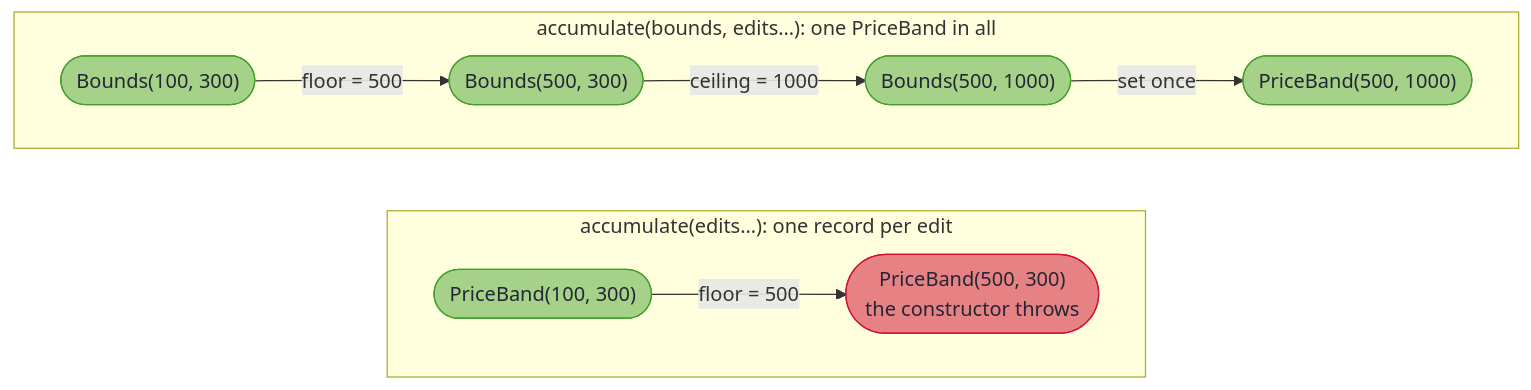
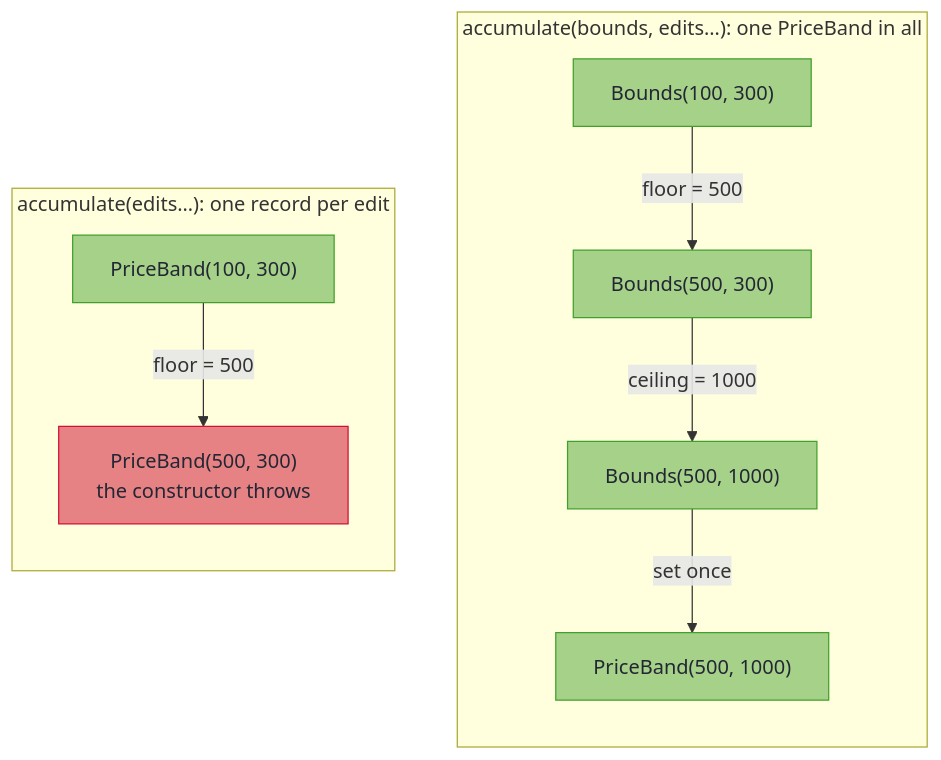
The fourth of 4 diagrams in hkj-book/src/optics/multi_edit.md (higher-kinded-j/higher-kinded-j), drawn with Mermaid before and after one commit. The commit also changed other lines of this file and 24 other files, not shown here.

````diff
--- a/hkj-book/src/optics/multi_edit.md
+++ b/hkj-book/src/optics/multi_edit.md
@@ -193,18 +191,19 @@
 ```mermaid
-flowchart LR
+flowchart TD
     accTitle: One record per edit, or one record in all
     accDescr: With plain accumulate, setting the floor to 500 on PriceBand(100, 300) builds PriceBand(500, 300), which the constructor refuses. With accumulate onto the Bounds focus, the floor and ceiling are written onto Bounds(100, 300) in turn, giving Bounds(500, 1000), and the lens sets it back once as PriceBand(500, 1000).
+    %% declared in reverse: the layout places the last subgraph on the left
+    subgraph once["accumulate(bounds, edits…): one PriceBand in all"]
+        direction TB
+        B1["Bounds(100, 300)"] -->|"floor = 500"| B2["Bounds(500, 300)"] -->|"ceiling = 1000"| B3["Bounds(500, 1000)"] -->|"set once"| B4["PriceBand(500, 1000)"]
+    end
     subgraph each["accumulate(edits…): one record per edit"]
-        direction LR
-        A1(["PriceBand(100, 300)"]) -->|"floor = 500"| A2(["PriceBand(500, 300)<br/>the constructor throws"])
-    end
-    subgraph once["accumulate(bounds, edits…): one PriceBand in all"]
-        direction LR
-        B1(["Bounds(100, 300)"]) -->|"floor = 500"| B2(["Bounds(500, 300)"]) -->|"ceiling = 1000"| B3(["Bounds(500, 1000)"]) -->|"set once"| B4(["PriceBand(500, 1000)"])
+        direction TB
+        A1["PriceBand(100, 300)"] -->|"floor = 500"| A2["PriceBand(500, 300)<br/>the constructor throws"]
     end
 
     classDef tier fill:#a6d189,stroke:#40a02b,color:#232634
     classDef bad fill:#e78284,stroke:#d20f39,color:#232634
     class A1,B1,B2,B3,B4 tier
     class A2 bad
 ```
````
